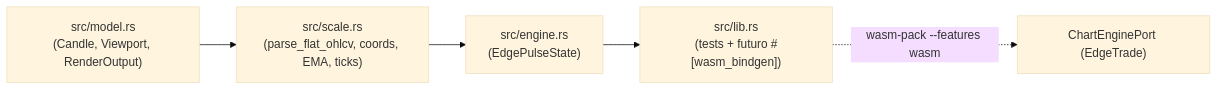
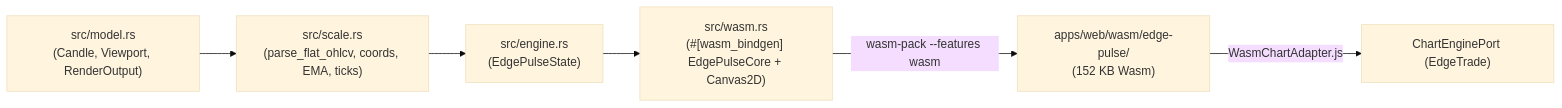
The diagram in overview/architecture.md (xolotl-hub/edgepulse), drawn with Mermaid (base theme) before and after one commit. The commit also changed other lines of this file and 2 other files, not shown here.

Commit message:
feat: add wasm-bindgen EdgePulseCore bindings and Canvas2D renderer

````diff
--- a/overview/architecture.md
+++ b/overview/architecture.md
@@ -5,7 +5,8 @@
 ```mermaid
 graph LR
     MOD["src/model.rs\n(Candle, Viewport, RenderOutput)"] --> SCL["src/scale.rs\n(parse_flat_ohlcv, coords, EMA, ticks)"]
     SCL --> ENG["src/engine.rs\n(EdgePulseState)"]
-    ENG --> LIB["src/lib.rs\n(tests + futuro #[wasm_bindgen])"]
-    LIB -.->|wasm-pack --features wasm| PORT["ChartEnginePort (EdgeTrade)"]
+    ENG --> WASM["src/wasm.rs\n(#[wasm_bindgen] EdgePulseCore + Canvas2D)"]
+    WASM -->|wasm-pack --features wasm| PKG["apps/web/wasm/edge-pulse/\n(152 KB Wasm)"]
+    PKG -->|WasmChartAdapter.js| PORT["ChartEnginePort (EdgeTrade)"]
 ```
````
